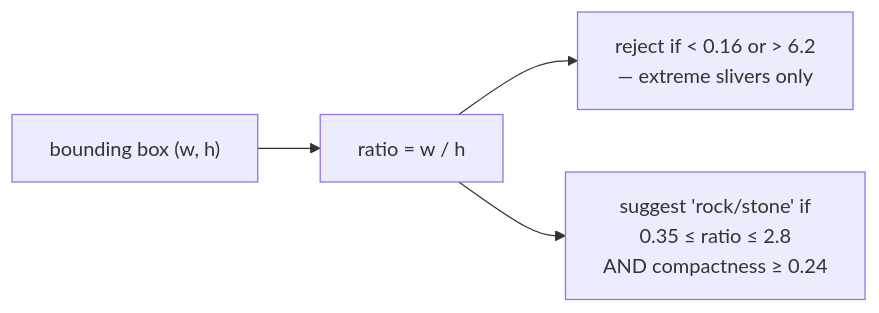
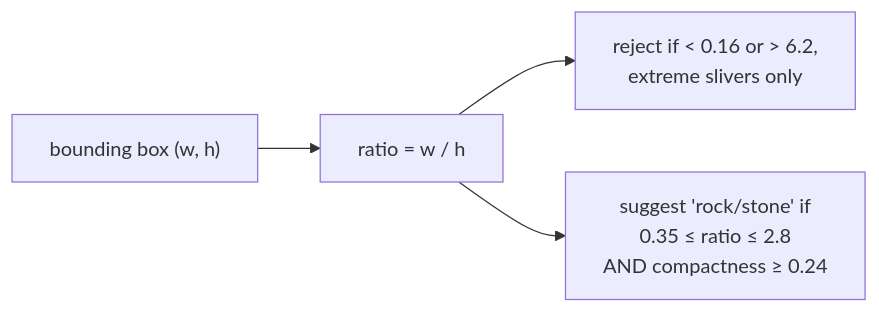
One commit to jennarbates/StratigraphyGenerator changed the diagram in docs/cs/aspect-ratio.md. Above: the diagram before and after it, drawn with Mermaid. The commit also changed other lines of this file and 309 other files, not shown here.

````diff
--- a/docs/cs/aspect-ratio.md
+++ b/docs/cs/aspect-ratio.md
@@ -51,6 +51,6 @@
 ```mermaid
 flowchart LR
   B["bounding box (w, h)"] --> R["ratio = w / h"]
-  R --> F["reject if < 0.16 or > 6.2<br/>— extreme slivers only"]
+  R --> F["reject if < 0.16 or > 6.2,<br/>extreme slivers only"]
   R --> S["suggest 'rock/stone' if<br/>0.35 ≤ ratio ≤ 2.8<br/>AND compactness ≥ 0.24"]
 ```
````
